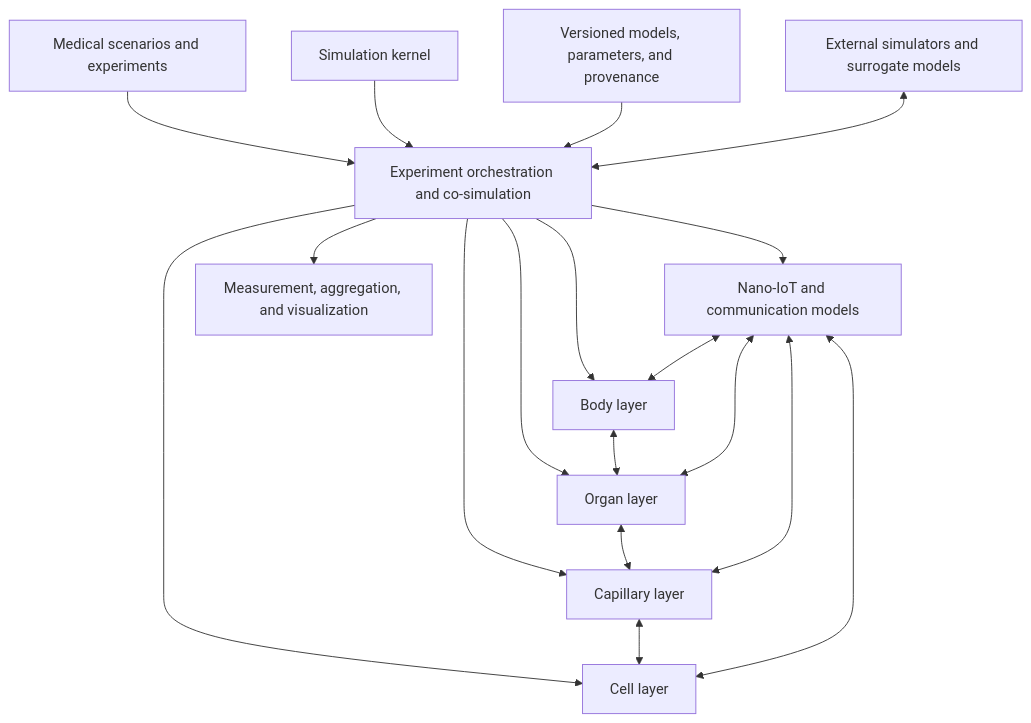
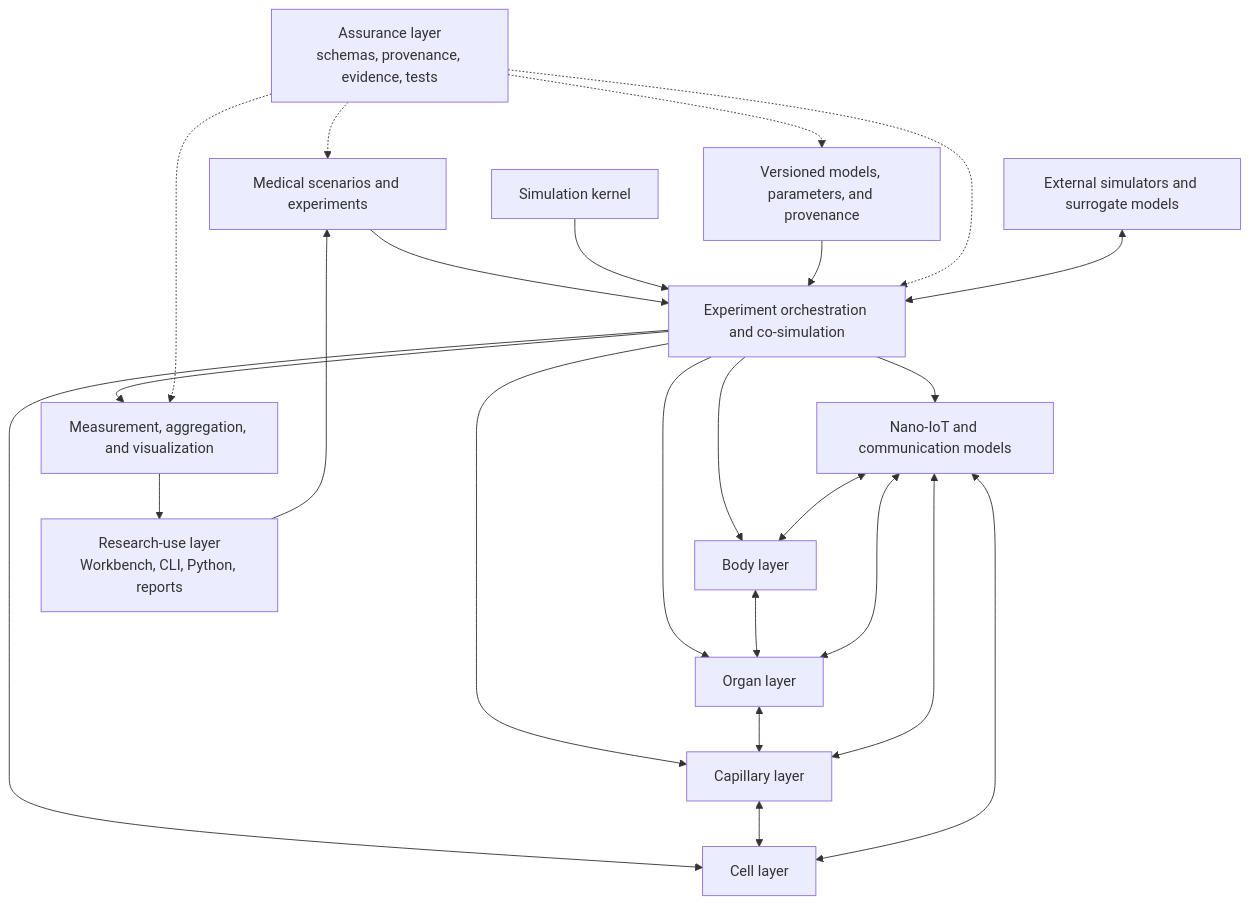
The diagram in docs/ROADMAP.md (RegineWendt/MEHLISSA), drawn with Mermaid before and after one commit. The commit also changed other lines of this file and 1 other file, not shown here.

Commit message:
Consolidate roadmap and scientific qualification plan

````diff
--- a/docs/ROADMAP.md
+++ b/docs/ROADMAP.md
@@ -114,32 +135,40 @@
 ```mermaid
 flowchart TB
     Scenarios[Medical scenarios and experiments]
     Orchestration[Experiment orchestration and co-simulation]
     Body[Body layer]
     Organ[Organ layer]
     Capillary[Capillary layer]
     Cell[Cell layer]
     Communication[Nano-IoT and communication models]
     Kernel[Simulation kernel]
     Data[Versioned models, parameters, and provenance]
     Observation[Measurement, aggregation, and visualization]
+    ResearchUse[Research-use layer<br/>Workbench, CLI, Python, reports]
+    Assurance[Assurance layer<br/>schemas, provenance, evidence, tests]
     External[External simulators and surrogate models]
 
+    ResearchUse --> Scenarios
     Scenarios --> Orchestration
     Orchestration --> Body
     Orchestration --> Organ
     Orchestration --> Capillary
     Orchestration --> Cell
     Orchestration --> Communication
     Body <--> Organ
     Organ <--> Capillary
     Capillary <--> Cell
     Communication <--> Body
     Communication <--> Organ
     Communication <--> Capillary
     Communication <--> Cell
     Kernel --> Orchestration
     Data --> Orchestration
     Orchestration --> Observation
+    Observation --> ResearchUse
+    Assurance -.-> Scenarios
+    Assurance -.-> Orchestration
+    Assurance -.-> Data
+    Assurance -.-> Observation
     External <--> Orchestration
 ```
````
